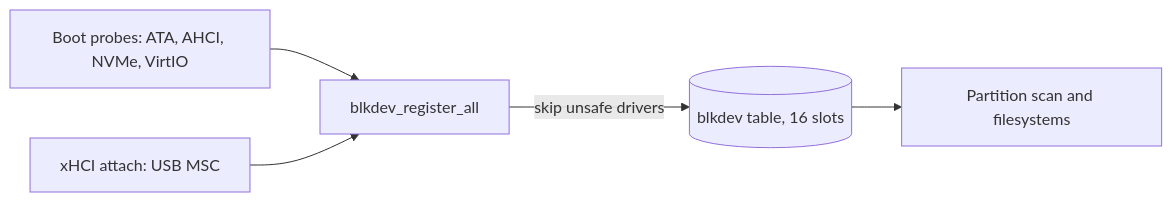
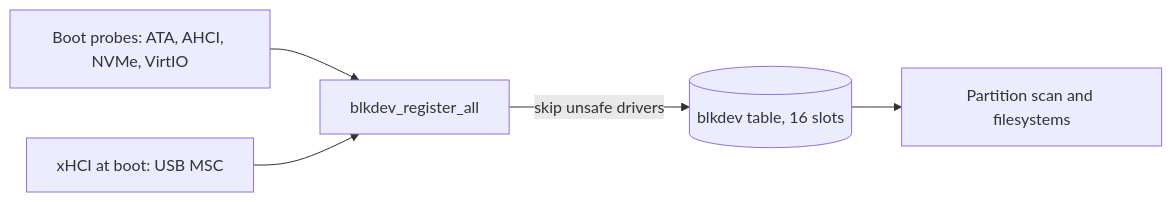
Before and after one commit to rizonesoft/impossible-os: the diagram in docs/hardware/storage-controllers.md, drawn with Mermaid. The commit also changed other lines of this file and 7 other files, not shown here.

````diff
--- a/docs/hardware/storage-controllers.md
+++ b/docs/hardware/storage-controllers.md
@@ -29,7 +29,7 @@
 ```mermaid
 flowchart LR
     P[Boot probes: ATA, AHCI, NVMe, VirtIO] --> R[blkdev_register_all]
-    U[xHCI attach: USB MSC] --> R
+    U[xHCI at boot: USB MSC] --> R
     R -->|skip unsafe drivers| T[(blkdev table, 16 slots)]
     T --> F[Partition scan and filesystems]
 ```
````
